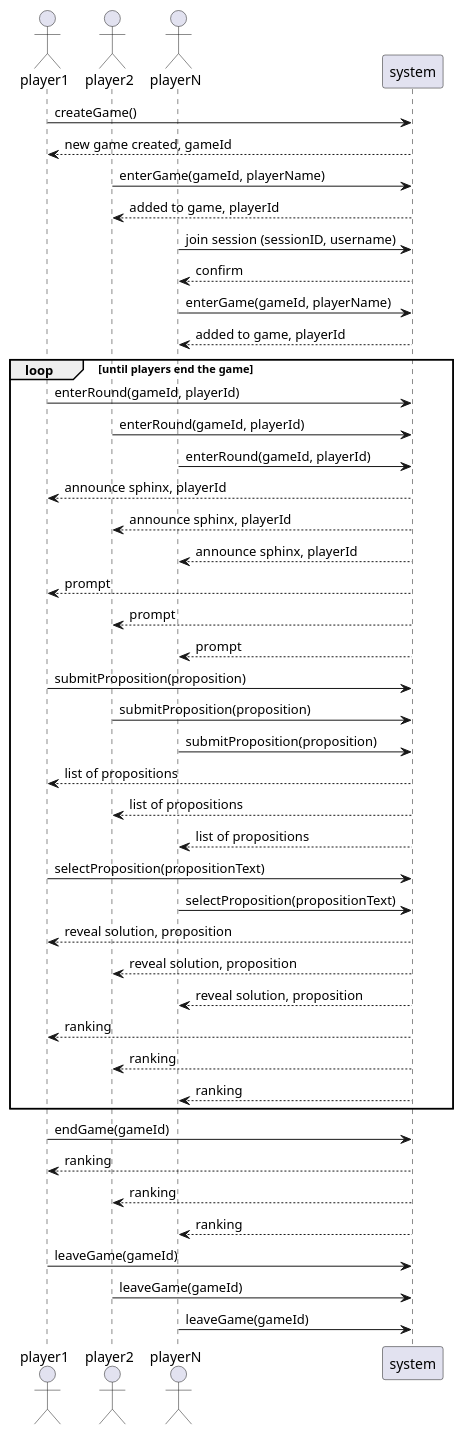
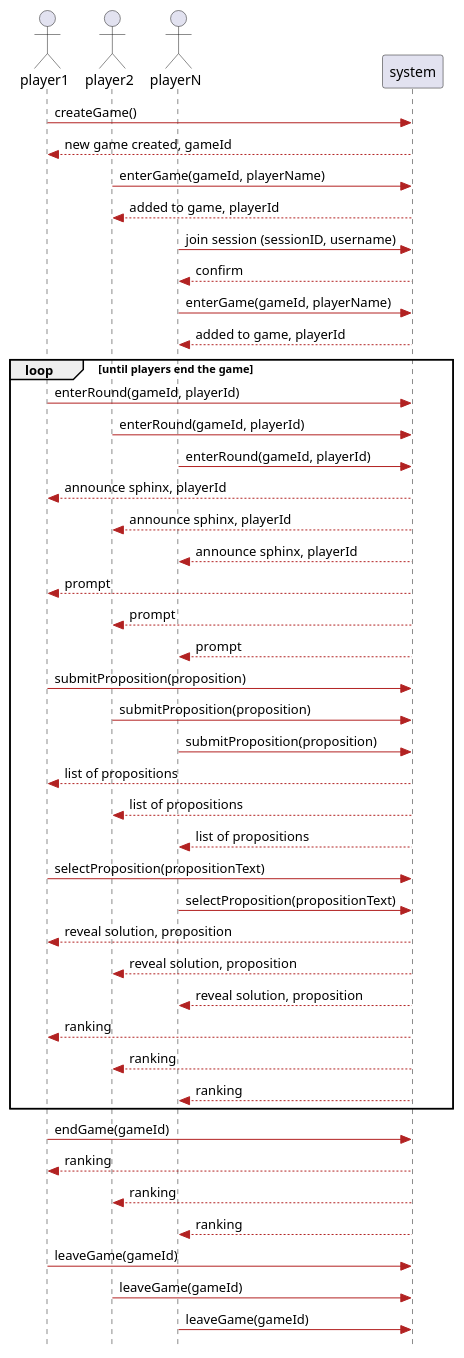
One commit to patrickwinti/worldwidewalter changed the diagram in docs/diagrams/system_sequence_diagram.plantuml. Above: the diagram before and after it, drawn with PlantUML. The commit also changed 1 other file, not shown here.

```diff
--- a/docs/diagrams/system_sequence_diagram.plantuml
+++ b/docs/diagrams/system_sequence_diagram.plantuml
@@ -1,63 +1,75 @@
 @startuml
+skinparam sequence {
+    BackgroundColor white
+    BorderColor Black
+    ArrowColor Firebrick
+    BorderThickness 2
+}
+skinparam Note{
+    BorderColor #FFD966
+    BackgroundColor #FFD966
+}
+skinparam responseMessageBelowArrow true
+skinparam style strictuml
 
 actor       player1
 actor       player2
 actor       playerN
 
 
 player1 -> system: createGame()
 system --> player1: new game created, gameId
 
 player2 -> system: enterGame(gameId, playerName)
 system --> player2: added to game, playerId
 
 playerN -> system: join session (sessionID, username)
 system --> playerN: confirm
 
 playerN -> system: enterGame(gameId, playerName)
 system --> playerN: added to game, playerId
 
 loop until players end the game
     player1 -> system: enterRound(gameId, playerId)
     player2 -> system: enterRound(gameId, playerId)
     playerN -> system: enterRound(gameId, playerId)
 
     system --> player1: announce sphinx, playerId
     system --> player2: announce sphinx, playerId
     system --> playerN: announce sphinx, playerId
 
     system --> player1: prompt
     system --> player2: prompt
     system --> playerN: prompt
 
     player1 -> system: submitProposition(proposition)
     player2 -> system: submitProposition(proposition)
     playerN -> system: submitProposition(proposition)
 
     system --> player1: list of propositions
     system --> player2: list of propositions
     system --> playerN: list of propositions
 
     player1 -> system: selectProposition(propositionText)
     playerN -> system: selectProposition(propositionText)
 
     system --> player1: reveal solution, proposition
     system --> player2: reveal solution, proposition
     system --> playerN: reveal solution, proposition
 
     system --> player1: ranking
     system --> player2: ranking
     system --> playerN: ranking
 end
 
 player1 -> system: endGame(gameId)
 
 system --> player1: ranking
 system --> player2: ranking
 system --> playerN: ranking
 
 player1 -> system: leaveGame(gameId)
 player2 -> system: leaveGame(gameId)
 playerN -> system: leaveGame(gameId)
 
 @enduml
```
